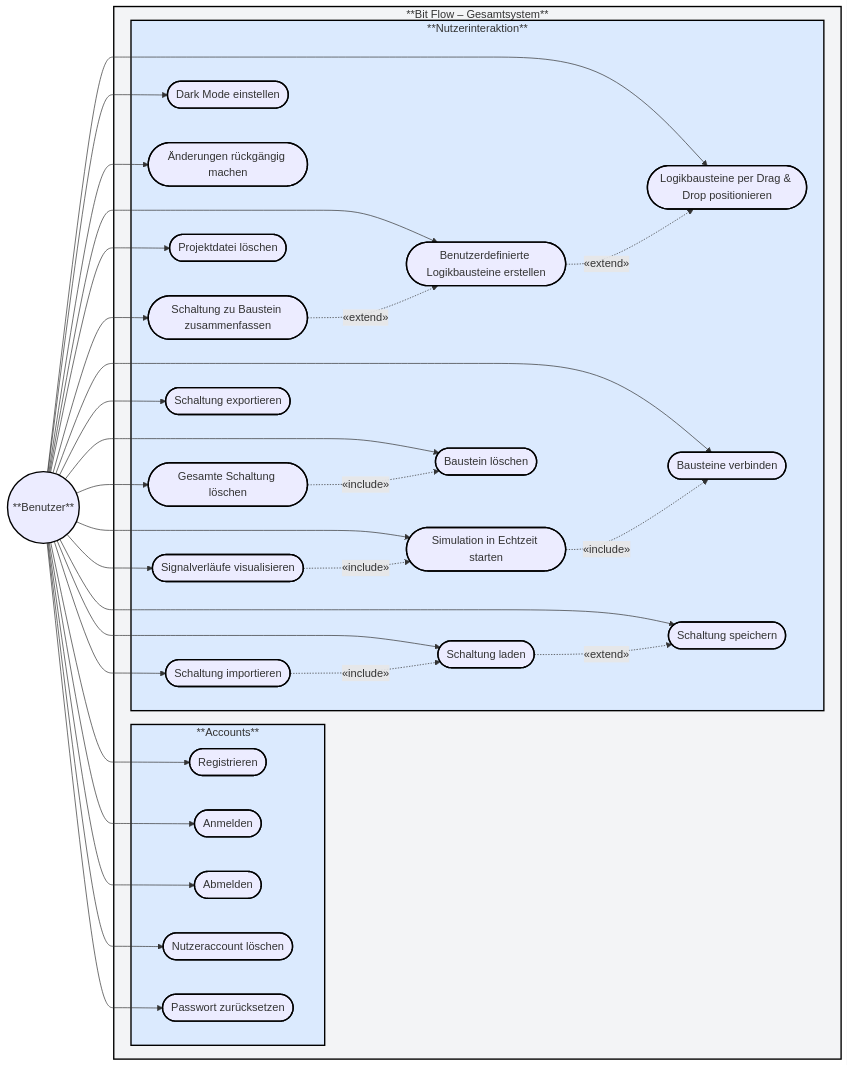
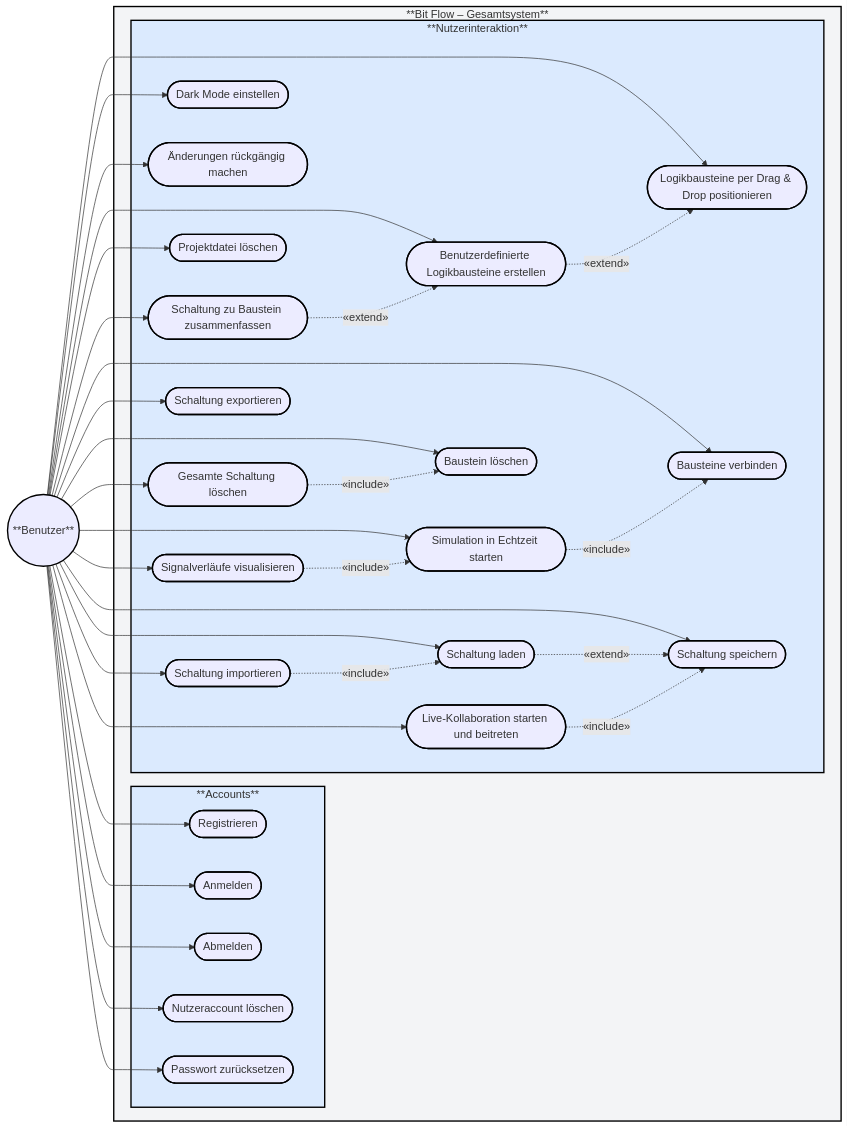
Before and after one commit to BitFlow-DHBW/BitFlow: the first of 43 diagrams in docs/use_cases/software_requirements_specification.md, drawn with Mermaid. The commit also changed other lines of this file and 9 other files, not shown here.

````diff
--- a/docs/use_cases/software_requirements_specification.md
+++ b/docs/use_cases/software_requirements_specification.md
@@ -126,7 +136,7 @@
 
 %% --- Systemgrenze ---
 subgraph BitFlow["**Bit Flow – Gesamtsystem**"]
-    
+
     %% --- Subsystem: Accounts ---
     subgraph Accounts["**Accounts**"]
         UC1([Registrieren])
@@ -153,6 +163,7 @@
         UC20([Schaltung importieren])
         UC21([Schaltung zu Baustein zusammenfassen])
         UC22([Schaltung exportieren])
+        UC23([Live-Kollaboration starten und beitreten])
     end
 end
 
@@ -179,6 +190,7 @@
 Benutzer --> UC20
 Benutzer --> UC21
 Benutzer --> UC22
+Benutzer --> UC23
 
 %% --- Beziehungen zwischen Use Cases ---
 UC6 -.->|«include»| UC5
@@ -188,6 +200,7 @@
 UC18 -.->|«include»| UC17
 UC21 -.->|«extend»| UC7
 UC20 -.->|«include»| UC9
+UC23 -.->|«include»| UC8
 
 %% --- Farben und Rahmen ---
 style BitFlow fill:#f3f4f6,stroke:#000000,stroke-width:2px
@@ -218,5 +231,6 @@
 style UC20 stroke:#000000,stroke-width:2px
 style UC21 stroke:#000000,stroke-width:2px
 style UC22 stroke:#000000,stroke-width:2px
+style UC23 stroke:#000000,stroke-width:2px
 
 ```
````
